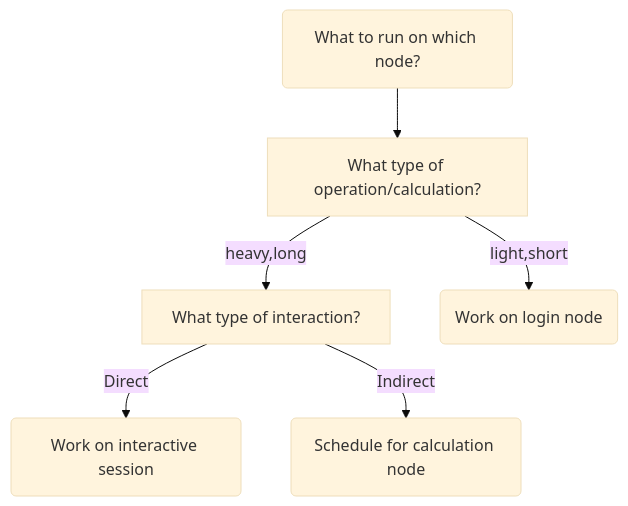
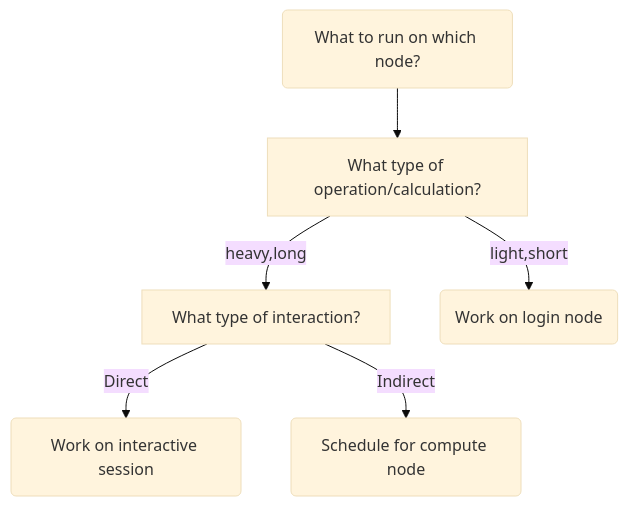
The diagram in docs/cluster_guides/start_interactive_session.md (UPPMAX/UPPMAX-documentation), drawn with Mermaid (base theme) before and after one commit. The commit also changed other lines of this file, not shown here.

First line of the commit message:
start_interactive_session.md fix #281 compute node

````diff
--- a/docs/cluster_guides/start_interactive_session.md
+++ b/docs/cluster_guides/start_interactive_session.md
@@ -96,15 +96,15 @@
 ```mermaid
 flowchart TD
     UPPMAX(What to run on which node?)
     operation_type[What type of operation/calculation?]
     interaction_type[What type of interaction?]
     login_node(Work on login node)
     interactive_session(Work on interactive session)
-    calculation_node(Schedule for calculation node)
+    compute_node(Schedule for compute node)
 
     UPPMAX-->operation_type
     operation_type-->|light,short|login_node
     operation_type-->|heavy,long|interaction_type
     interaction_type-->|Direct|interactive_session
-    interaction_type-->|Indirect|calculation_node
+    interaction_type-->|Indirect|compute_node
 ```
````
